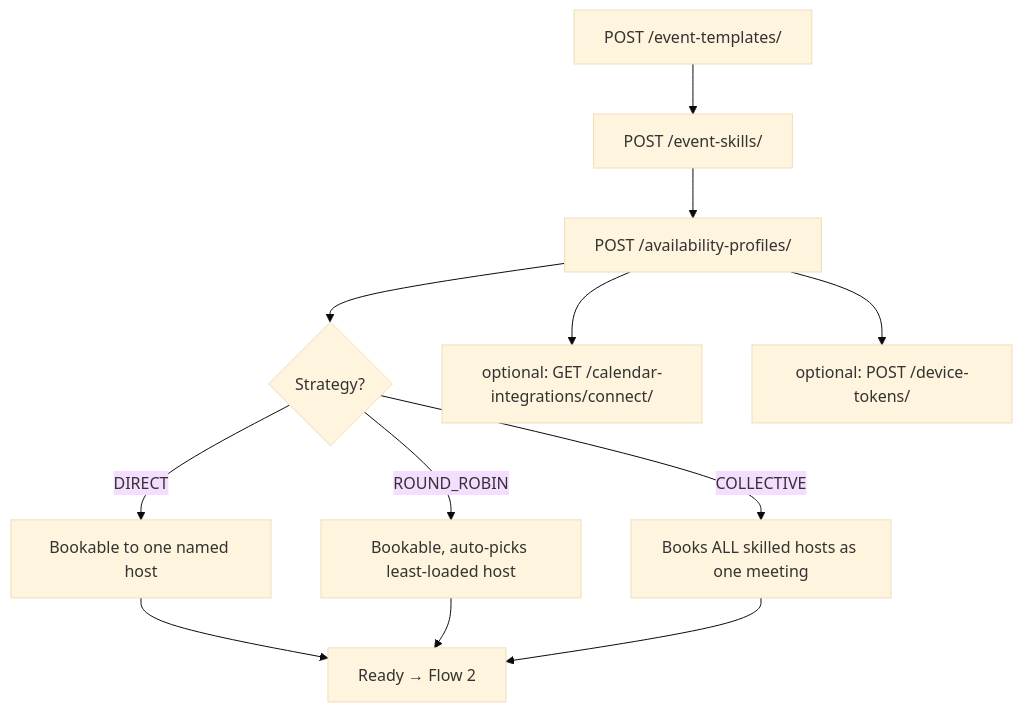
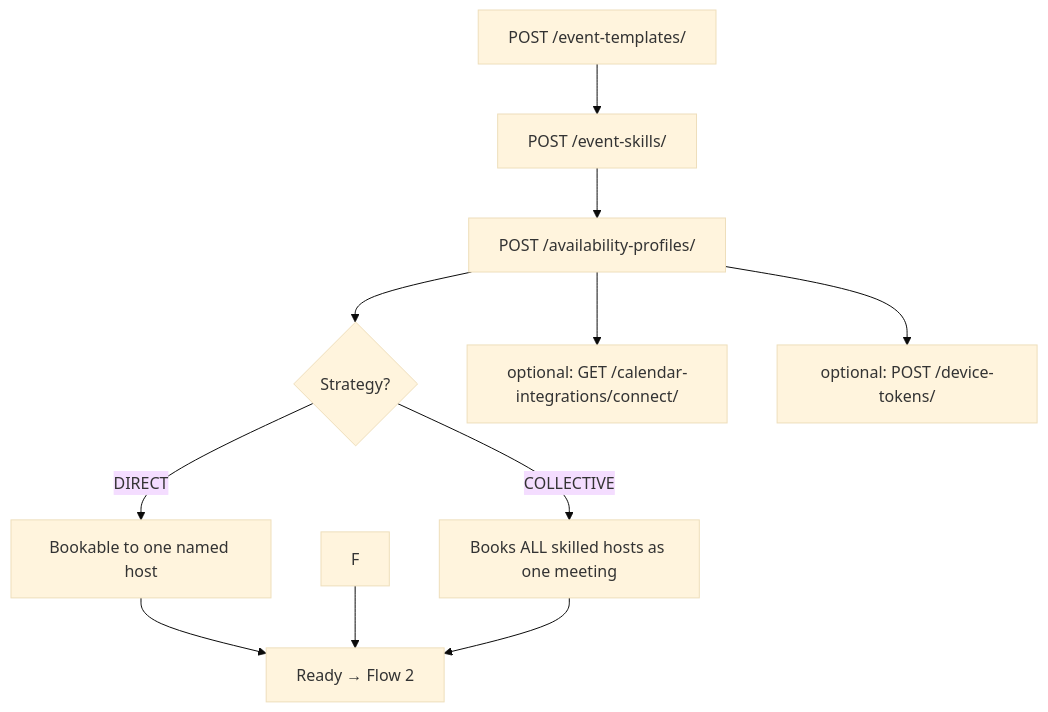
The diagram in docs/flows/01-setup.md (priyanshiqb/voicebot_back), drawn with Mermaid (base theme) before and after one commit. The commit also changed other lines of this file and 42 other files, not shown here.

First line of the commit message:
Remove ROUND_ROBIN assignment strategy

````diff
--- a/docs/flows/01-setup.md
+++ b/docs/flows/01-setup.md
@@ -6,14 +6,13 @@
 ```mermaid
 flowchart TD
     A["POST /event-templates/"] --> B["POST /event-skills/"]
     B --> C["POST /availability-profiles/"]
     C --> D{"Strategy?"}
     D -->|DIRECT| E["Bookable to one named host"]
-    D -->|ROUND_ROBIN| F["Bookable, auto-picks least-loaded host"]
     D -->|COLLECTIVE| G["Books ALL skilled hosts as one meeting"]
     C --> H["optional: GET /calendar-integrations/connect/"]
     C --> I["optional: POST /device-tokens/"]
     E --> Z["Ready → Flow 2"]
     F --> Z
     G --> Z
 ```
````
